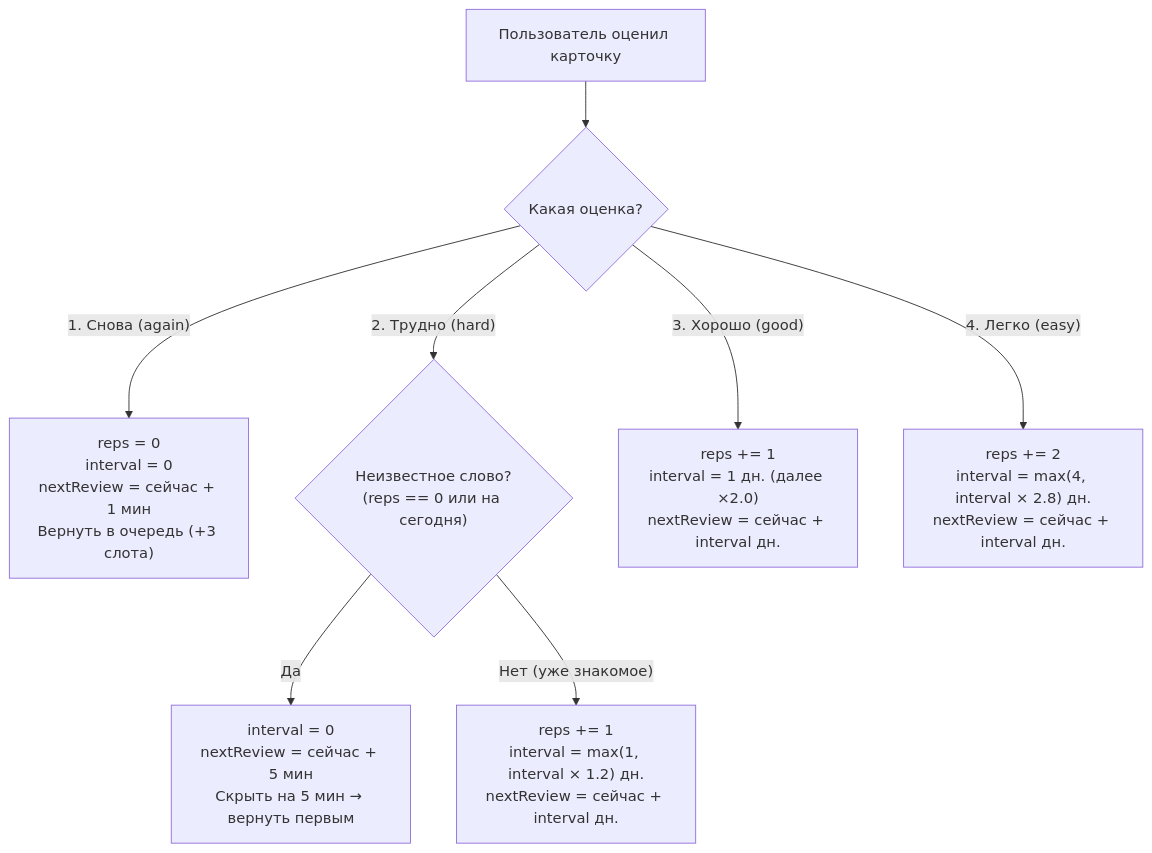
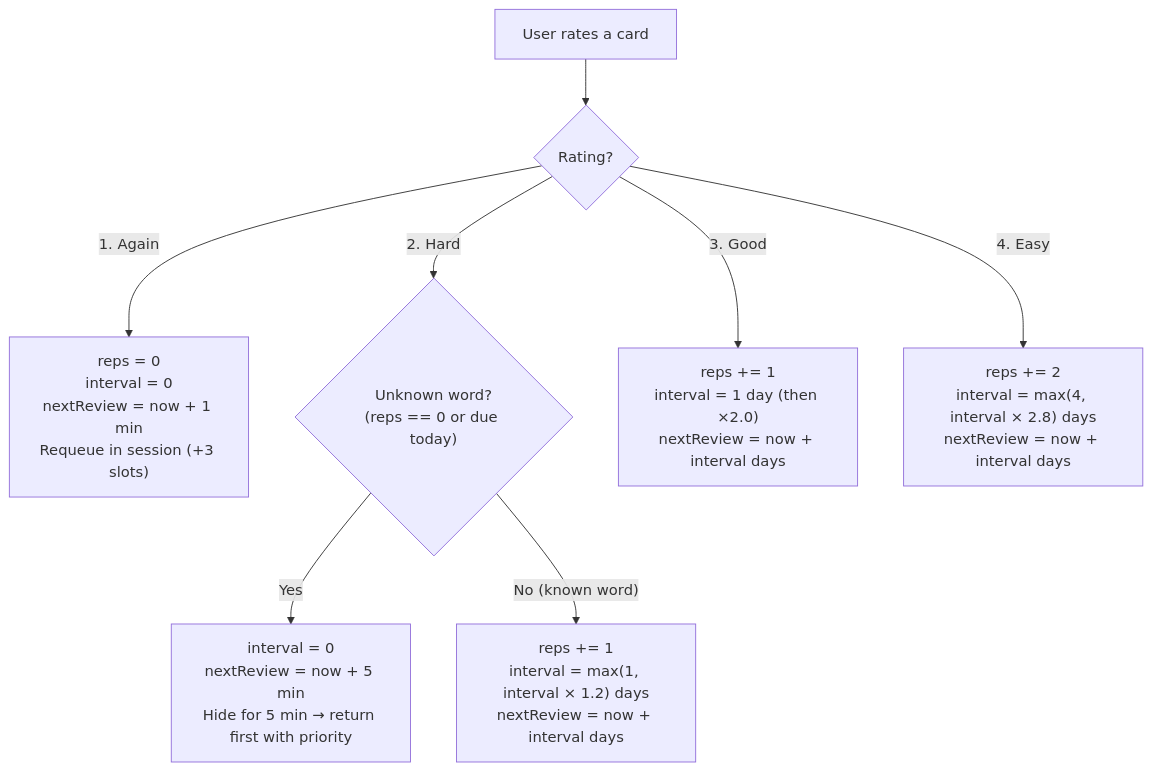
Before and after one commit to an2ancan/anki: the third of 5 diagrams in ARCHITECTURE.md, drawn with Mermaid. The commit also changed other lines of this file and 1 other file, not shown here.

Commit message:
feat: update SettingsModal to reset input fields for daily limit and max active unknown on open

````diff
--- a/ARCHITECTURE.md
+++ b/ARCHITECTURE.md
@@ -174,14 +179,14 @@
 ```mermaid
 flowchart TD
-  Start["Пользователь оценил карточку"] --> Check{"Какая оценка?"}
+  Start["User rates a card"] --> Check{"Rating?"}
 
-  Check -->|"1. Снова (again)"| Again["reps = 0<br/>interval = 0<br/>nextReview = сейчас + 1 мин<br/>Вернуть в очередь (+3 слота)"]
+  Check -->|"1. Again"| Again["reps = 0<br/>interval = 0<br/>nextReview = now + 1 min<br/>Requeue in session (+3 slots)"]
 
-  Check -->|"2. Трудно (hard)"| IsUnk{"Неизвестное слово?<br/>(reps == 0 или на сегодня)"}
-  IsUnk -->|"Да"| HardUnk["interval = 0<br/>nextReview = сейчас + 5 мин<br/>Скрыть на 5 мин → вернуть первым"]
-  IsUnk -->|"Нет (уже знакомое)"| HardKnown["reps += 1<br/>interval = max(1, interval × 1.2) дн.<br/>nextReview = сейчас + interval дн."]
+  Check -->|"2. Hard"| IsUnk{"Unknown word?<br/>(reps == 0 or due today)"}
+  IsUnk -->|"Yes"| HardUnk["interval = 0<br/>nextReview = now + 5 min<br/>Hide for 5 min → return first with priority"]
+  IsUnk -->|"No (known word)"| HardKnown["reps += 1<br/>interval = max(1, interval × 1.2) days<br/>nextReview = now + interval days"]
 
-  Check -->|"3. Хорошо (good)"| Good["reps += 1<br/>interval = 1 дн. (далее ×2.0)<br/>nextReview = сейчас + interval дн."]
+  Check -->|"3. Good"| Good["reps += 1<br/>interval = 1 day (then ×2.0)<br/>nextReview = now + interval days"]
 
-  Check -->|"4. Легко (easy)"| Easy["reps += 2<br/>interval = max(4, interval × 2.8) дн.<br/>nextReview = сейчас + interval дн."]
+  Check -->|"4. Easy"| Easy["reps += 2<br/>interval = max(4, interval × 2.8) days<br/>nextReview = now + interval days"]
 ```
````
